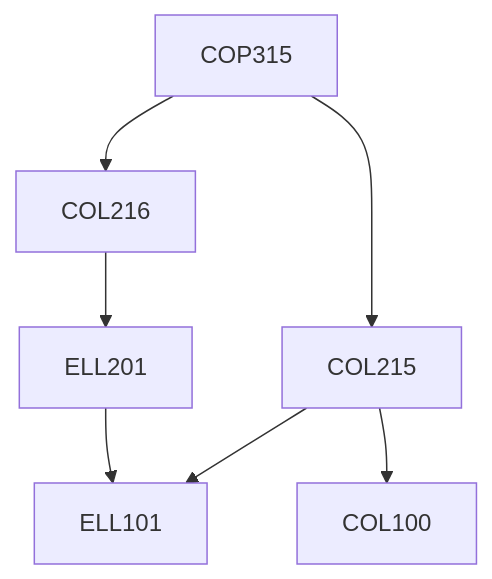
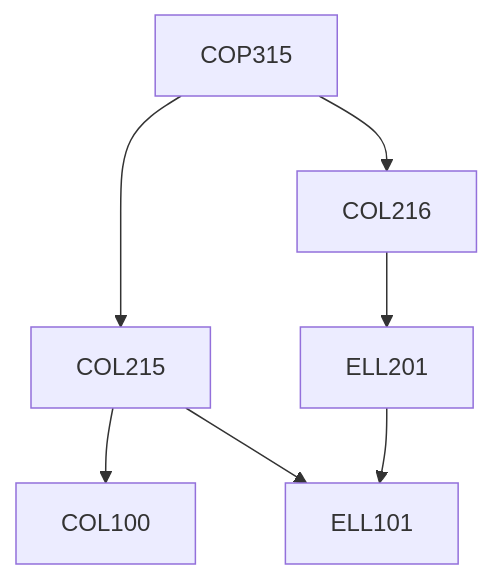
Before and after one commit to KeshavBansal0122/CoS_Website: the diagram in content/Computer Science and Engineering/COP315.md, drawn with Mermaid. The commit also changed other lines of this file and 392 other files, not shown here.

````diff
--- a/content/Computer Science and Engineering/COP315.md
+++ b/content/Computer Science and Engineering/COP315.md
@@ -15,13 +15,13 @@
 ```mermaid
 flowchart TD
 COP315-1352[COP315]
-COP315-1352 --> COL216-1352[COL216]
+COP315-1352 --> COL215-1352[COL215]
 ELL201-1352 --> ELL101-1352[ELL101]
 COL216-1352 --> ELL201-1352[ELL201]
 COL215-1352 --> COL100-1352[COL100]
+COP315-1352 --> COL216-1352[COL216]
 COL215-1352 --> ELL101-1352[ELL101]
-COP315-1352 --> COL215-1352[COL215]
 
 classDef empty height:17px, fill:transparent, stroke:transparent;
 classDef trueEmpty height:0px, width:0px;
 ```
````
